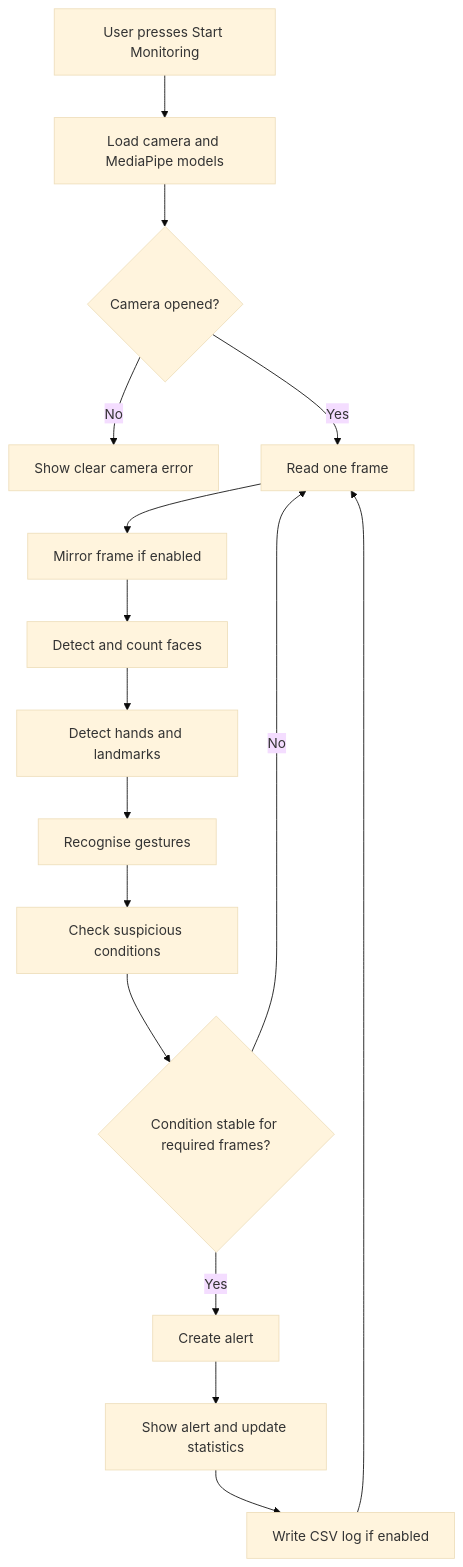
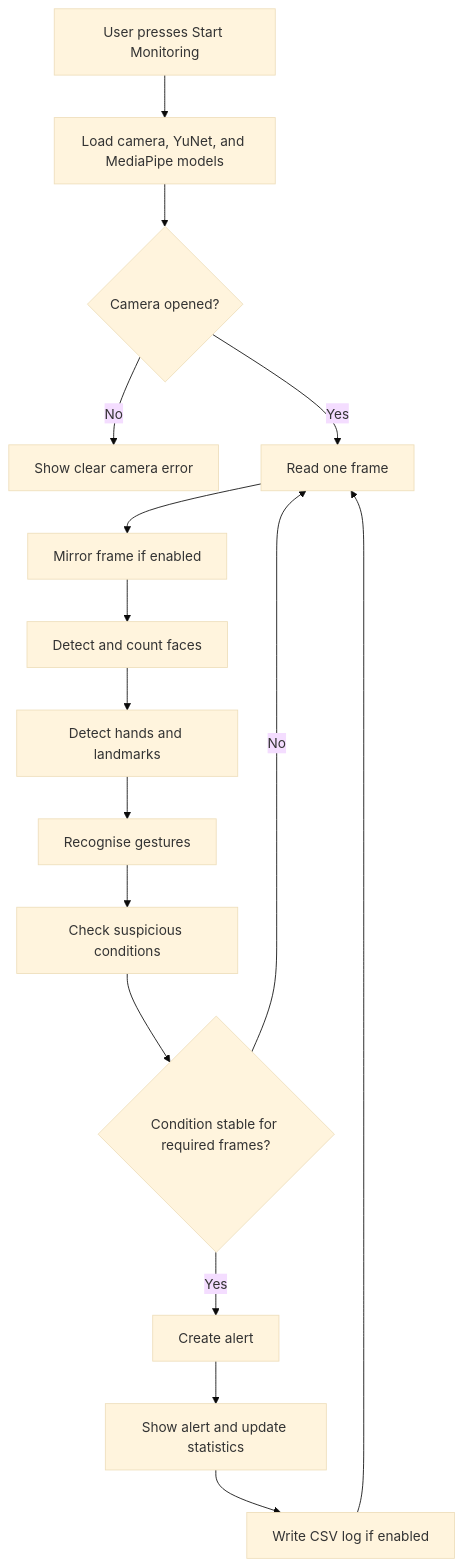
The second of 2 diagrams in README.md (suvodeeproy94-tech/AI-Powered-Exam-Monitoring-System-using-Python-Computer-Vision-and-Artificial-Intelligence), drawn with Mermaid (base theme) before and after one commit. The commit also changed other lines of this file and 6 other files, not shown here.

````diff
--- a/README.md
+++ b/README.md
@@ -171,18 +173,18 @@
 ```mermaid
 flowchart TD
-    A[User presses Start Monitoring] --> B[Load camera and MediaPipe models]
+    A[User presses Start Monitoring] --> B[Load camera, YuNet, and MediaPipe models]
     B --> C{Camera opened?}
     C -- No --> D[Show clear camera error]
     C -- Yes --> E[Read one frame]
     E --> F[Mirror frame if enabled]
     F --> G[Detect and count faces]
     G --> H[Detect hands and landmarks]
     H --> I[Recognise gestures]
     I --> J[Check suspicious conditions]
     J --> K{Condition stable for required frames?}
     K -- No --> E
     K -- Yes --> L[Create alert]
     L --> M[Show alert and update statistics]
     M --> N[Write CSV log if enabled]
     N --> E
 ```
````
